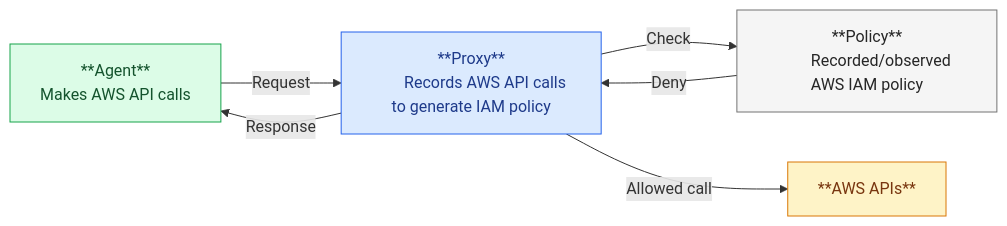
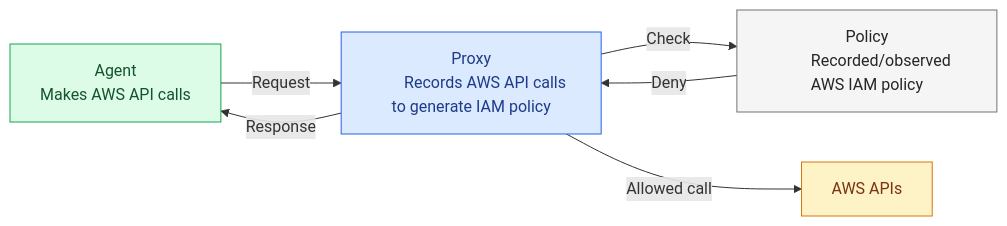
Before and after one commit to engseclabs/aws-sigv4-resigning-proxy: the second of 2 diagrams in README.md, drawn with Mermaid. The commit also changed other lines of this file and 1 other file, not shown here.

````diff
--- a/README.md
+++ b/README.md
@@ -42,26 +44,26 @@
 ```mermaid
 graph LR
-    agent["**Agent**
+    agent["Agent
         Makes AWS API calls"]
-    proxy["**Proxy**
+    proxy["Proxy
         Records AWS API calls to generate IAM policy"]
-    policy["**Policy**
+    policy["Policy
         Recorded/observed AWS IAM policy"]
-    aws["**AWS APIs**"]
+    aws["AWS APIs"]
 
     agent -- "Request" --> proxy
     proxy -- "Response" --> agent
     proxy -- "Check" --> policy
     policy -- "Deny" --> proxy
     proxy -- "Allowed call" --> aws
 
     classDef agentStyle fill:#dcfce7,stroke:#16a34a,color:#14532d
     classDef proxyStyle fill:#dbeafe,stroke:#2563eb,color:#1e3a8a
     classDef policyStyle fill:#f5f5f5,stroke:#737373,color:#262626
     classDef awsStyle fill:#fef3c7,stroke:#d97706,color:#78350f
 
     class agent agentStyle
     class proxy proxyStyle
     class policy policyStyle
     class aws awsStyle
 ```
````
